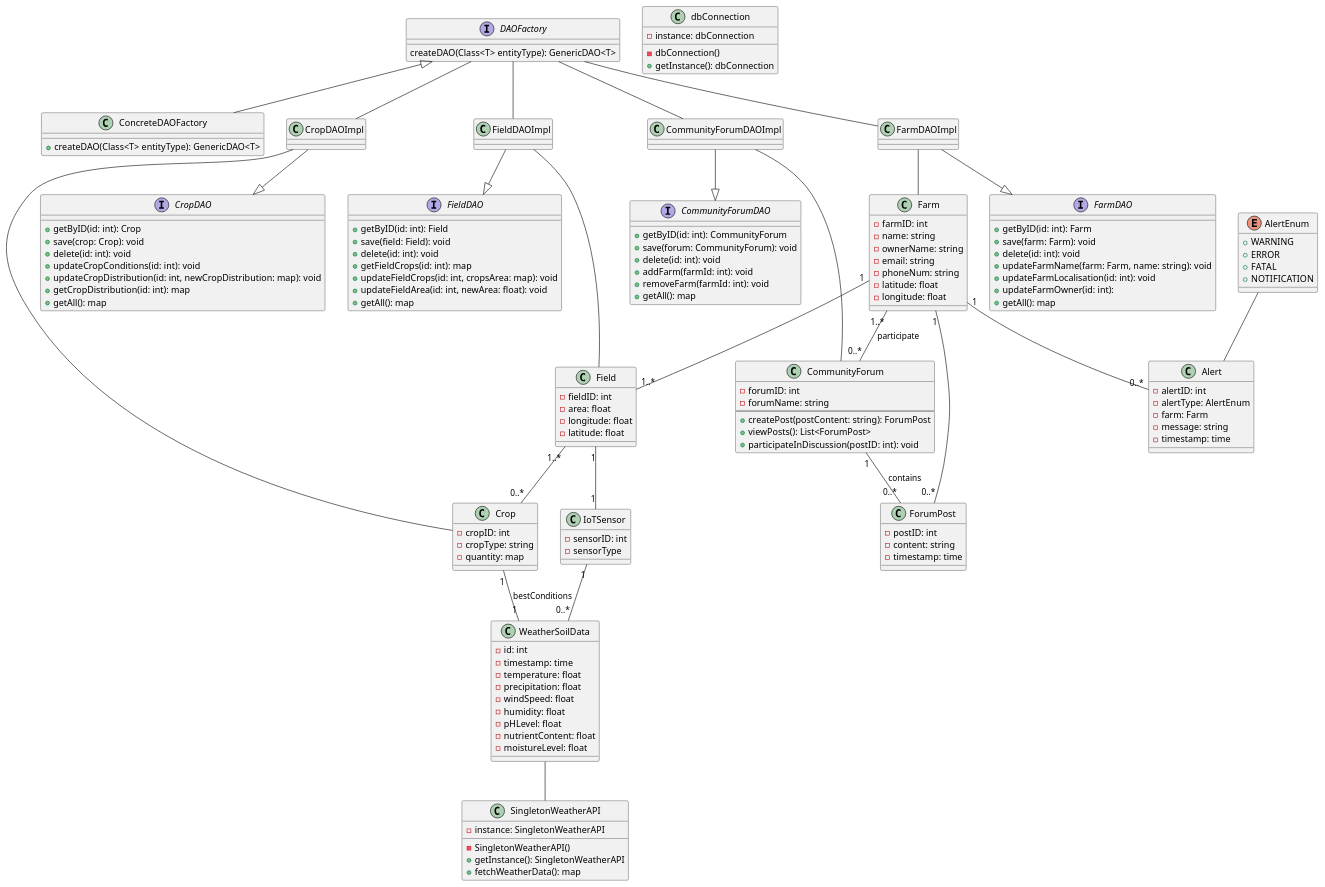
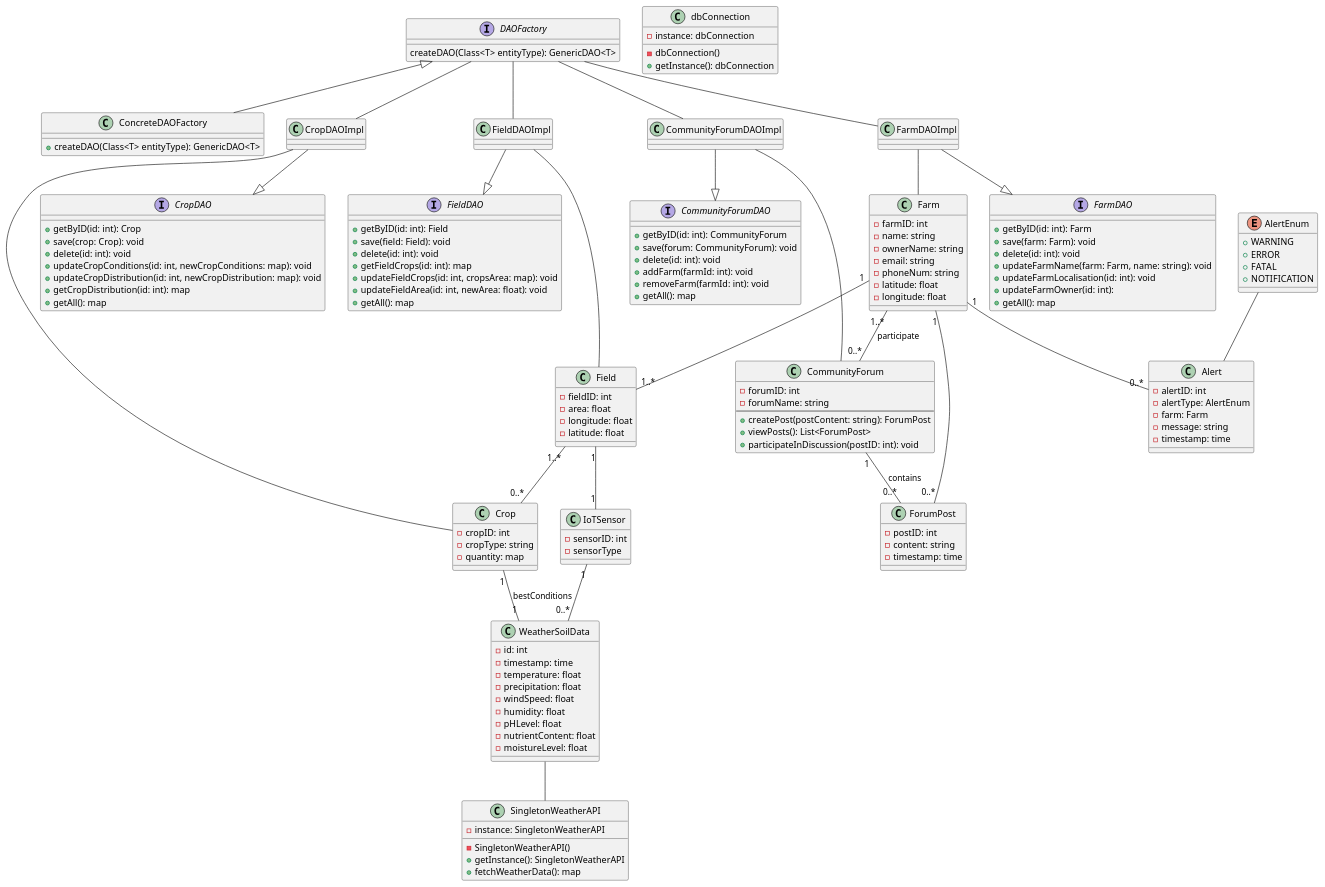
One commit to IlyasIsHere/Smart-Farm-Dashboard changed the diagram in technicalClassDiagram.plantuml. Above: the diagram before and after it, drawn with PlantUML. The commit also changed 3 other files, not shown here.

Commit message:
Fixed some mistakes in ddl and class diagrams + added .gitignore

```diff
--- a/technicalClassDiagram.plantuml
+++ b/technicalClassDiagram.plantuml
@@ -1,161 +1,161 @@
 @startuml
 
 interface FarmDAO {
   + getByID(id: int): Farm
   + save(farm: Farm): void
   + delete(id: int): void
   + updateFarmName(farm: Farm, name: string): void
   + updateFarmLocalisation(id: int): void
   + updateFarmOwner(id: int): 
   + getAll(): map
 }
 
 interface FieldDAO {
   + getByID(id: int): Field
   + save(field: Field): void
   + delete(id: int): void
   + getFieldCrops(id: int): map
   + updateFieldCrops(id: int, cropsArea: map): void
   + updateFieldArea(id: int, newArea: float): void
   + getAll(): map
 }
 
 interface CropDAO {
   + getByID(id: int): Crop
   + save(crop: Crop): void
   + delete(id: int): void
-  + updateCropConditions(id: int): void
+  + updateCropConditions(id: int, newCropConditions: map): void
   + updateCropDistribution(id: int, newCropDistribution: map): void
   + getCropDistribution(id: int): map
   + getAll(): map
 }
 
 interface CommunityForumDAO {
   + getByID(id: int): CommunityForum
   + save(forum: CommunityForum): void
   + delete(id: int): void
   + addFarm(farmId: int): void
   + removeFarm(farmId: int): void
   + getAll(): map
 }
 
 class SingletonWeatherAPI {
   - instance: SingletonWeatherAPI
   - SingletonWeatherAPI()
   + getInstance(): SingletonWeatherAPI
   + fetchWeatherData(): map
 }
 
 class dbConnection {
   - instance: dbConnection
   - dbConnection()
   + getInstance(): dbConnection
 }
 
 class Farm {
   - farmID: int
   - name: string
   - ownerName: string
   - email: string
   - phoneNum: string
   - latitude: float
   - longitude: float
 }
 
 class WeatherSoilData {
   - id: int
   - timestamp: time
   - temperature: float
   - precipitation: float
   - windSpeed: float
   - humidity: float
   - pHLevel: float
   - nutrientContent: float
   - moistureLevel: float
 }
 
 class Crop {
   - cropID: int
   - cropType: string
   - quantity: map
 }
 
 class Field {
   - fieldID: int
   - area: float
   - longitude: float
   - latitude: float
 }
 
 class IoTSensor {
   - sensorID: int
   - sensorType
 }
 
 class Alert {
   - alertID: int
   - alertType: AlertEnum
   - farm: Farm
   - message: string
   - timestamp: time
 }
 
 enum AlertEnum {
   + WARNING
   + ERROR
   + FATAL
   + NOTIFICATION
 }
 
 class ForumPost {
   - postID: int
   - content: string
   - timestamp: time
 }
 
 class CommunityForum {
   - forumID: int
   - forumName: string
   --
   + createPost(postContent: string): ForumPost
   + viewPosts(): List<ForumPost>
   + participateInDiscussion(postID: int): void
 }
 
 interface DAOFactory {
   createDAO(Class<T> entityType): GenericDAO<T>
 }
 
 class ConcreteDAOFactory {
   + createDAO(Class<T> entityType): GenericDAO<T>
 }
 
 DAOFactory <|-- ConcreteDAOFactory
 
 DAOFactory -- CommunityForumDAOImpl
 DAOFactory -- CropDAOImpl
 DAOFactory --FieldDAOImpl
 DAOFactory -- FarmDAOImpl
 
 Field "1..*" -- "0..*" Crop
 WeatherSoilData -- SingletonWeatherAPI
 Field "1" -- "1" IoTSensor
 Crop "1" -- "1" WeatherSoilData : bestConditions
 IoTSensor "1" -- "0..*" WeatherSoilData
 Farm "1" -- "0..*" Alert
 Farm "1" -- "1..*" Field
 Farm "1..*" -- "0..*" CommunityForum : participate
 CommunityForum "1" -- "0..*" ForumPost : contains
 ForumPost "0..*" -- "1" Farm
 AlertEnum -- Alert
 FarmDAOImpl --|> FarmDAO
 FieldDAOImpl --|> FieldDAO
 CropDAOImpl --|> CropDAO
 CommunityForumDAOImpl --|> CommunityForumDAO
 
 FarmDAOImpl -- Farm
 FieldDAOImpl -- Field
 CropDAOImpl -- Crop
 CommunityForumDAOImpl -- CommunityForum
 
 @enduml
```
